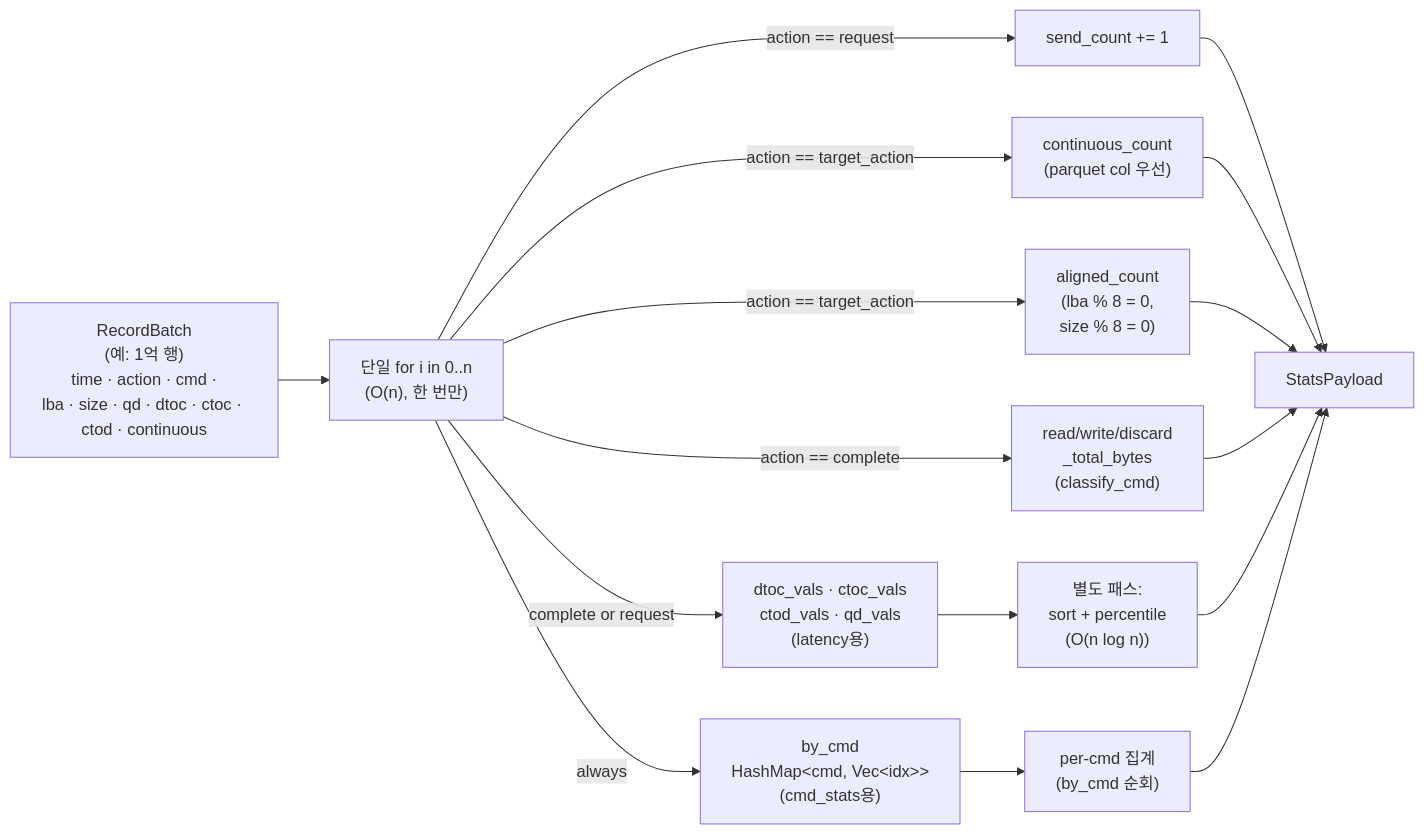
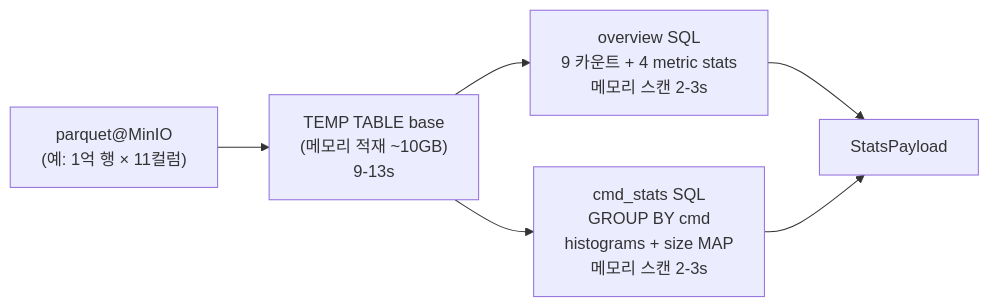
Before and after one commit to kakaromo/kakaromo.github.io: the diagram in src/content/docs/learn/l2-trace-rust/08-stats-pipeline.mdx, drawn with Mermaid. The commit also changed other lines of this file and 4 other files, not shown here.

````diff
--- a/src/content/docs/learn/l2-trace-rust/08-stats-pipeline.mdx
+++ b/src/content/docs/learn/l2-trace-rust/08-stats-pipeline.mdx
@@ -41,23 +143,12 @@
 ```mermaid
 flowchart LR
-    BATCH["RecordBatch<br/>(예: 1억 행)<br/>time · action · cmd ·<br/>lba · size · qd · dtoc · ctoc · ctod · continuous"]
+    PARQUET["parquet@MinIO<br/>(예: 1억 행 × 11컬럼)"]
 
-    BATCH --> LOOP["단일 for i in 0..n<br/>(O(n), 한 번만)"]
+    PARQUET --> BASE["TEMP TABLE base<br/>(메모리 적재 ~10GB)<br/>9-13s"]
 
-    LOOP -- "action == request" --> A1["send_count += 1"]
-    LOOP -- "action == target_action" --> A2["continuous_count<br/>(parquet col 우선)"]
-    LOOP -- "action == target_action" --> A3["aligned_count<br/>(lba % 8 = 0,<br/>size % 8 = 0)"]
-    LOOP -- "action == complete" --> A4["read/write/discard<br/>_total_bytes<br/>(classify_cmd)"]
-    LOOP -- "always" --> A5["by_cmd<br/>HashMap&lt;cmd, Vec&lt;idx&gt;&gt;<br/>(cmd_stats용)"]
-    LOOP -- "complete or request" --> A6["dtoc_vals · ctoc_vals<br/>ctod_vals · qd_vals<br/>(latency용)"]
+    BASE --> OV["overview SQL<br/>9 카운트 + 4 metric stats<br/>메모리 스캔 2-3s"]
+    BASE --> CMD["cmd_stats SQL<br/>GROUP BY cmd<br/>histograms + size MAP<br/>메모리 스캔 2-3s"]
 
-    A6 --> SORT["별도 패스:<br/>sort + percentile<br/>(O(n log n))"]
-    A5 --> CMD["per-cmd 집계<br/>(by_cmd 순회)"]
-
-    A1 --> RESP["StatsPayload"]
-    A2 --> RESP
-    A3 --> RESP
-    A4 --> RESP
-    SORT --> RESP
+    OV --> RESP["StatsPayload"]
     CMD --> RESP
 ```
````
